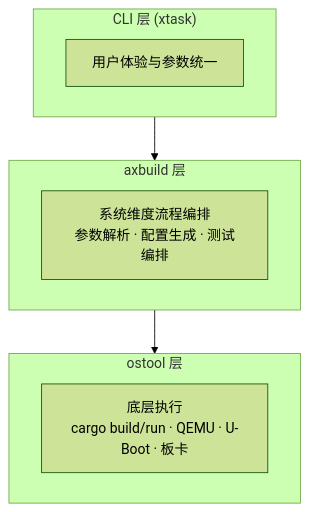
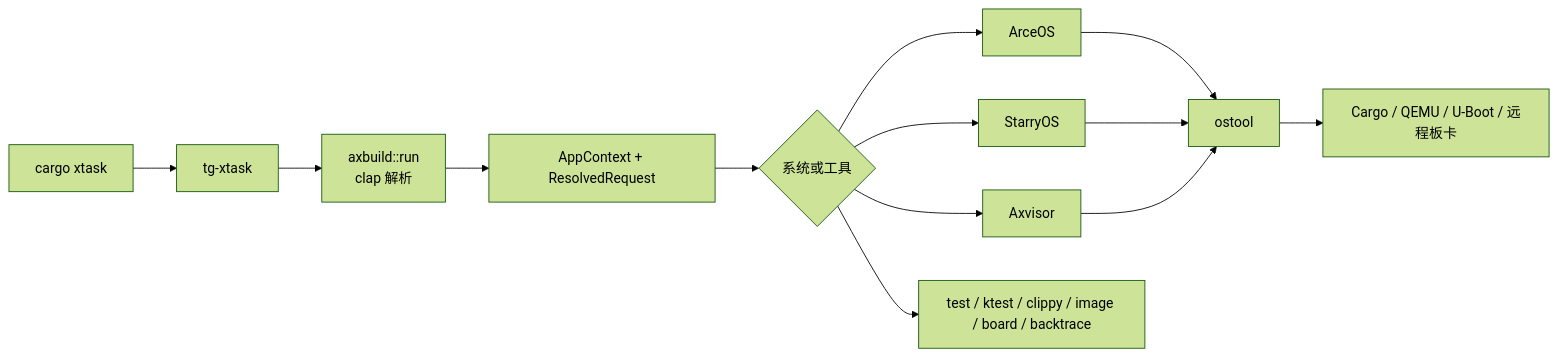
The diagram in docs/docs/build/overview.md (rcore-os/tgoskits), drawn with Mermaid (forest theme) before and after one commit. The commit also changed other lines of this file and 18 other files, not shown here.

Commit message:
docs(axbuild): rewrite build system docs around explicit config contracts and add ktest/agent-review-bench pages

````diff
--- a/docs/docs/build/overview.md
+++ b/docs/docs/build/overview.md
@@ -130,13 +16,15 @@
 ```mermaid
-flowchart TB
-    subgraph L1["CLI 层 (xtask)"]
-        L1_D["用户体验与参数统一"]
-    end
-    subgraph L2["axbuild 层"]
-        L2_D["系统维度流程编排<br/>参数解析 · 配置生成 · 测试编排"]
-    end
-    subgraph L3["ostool 层"]
-        L3_D["底层执行<br/>cargo build/run · QEMU · U-Boot · 板卡"]
-    end
-    L1 --> L2 --> L3
+flowchart LR
+    CLI["cargo xtask <command>"] --> XTASK["tg-xtask"]
+    XTASK --> PARSE["axbuild::run<br/>clap 解析"]
+    PARSE --> CONTEXT["AppContext + ResolvedRequest"]
+    CONTEXT --> SYSTEM{"系统或工具"}
+    SYSTEM --> ARCEOS["ArceOS"]
+    SYSTEM --> STARRY["StarryOS"]
+    SYSTEM --> AXVISOR["Axvisor"]
+    SYSTEM --> TOOLS["test / ktest / clippy / image / board / backtrace"]
+    ARCEOS --> OSTOOL["ostool"]
+    STARRY --> OSTOOL
+    AXVISOR --> OSTOOL
+    OSTOOL --> RUNTIME["Cargo / QEMU / U-Boot / 远程板卡"]
 ```
````
